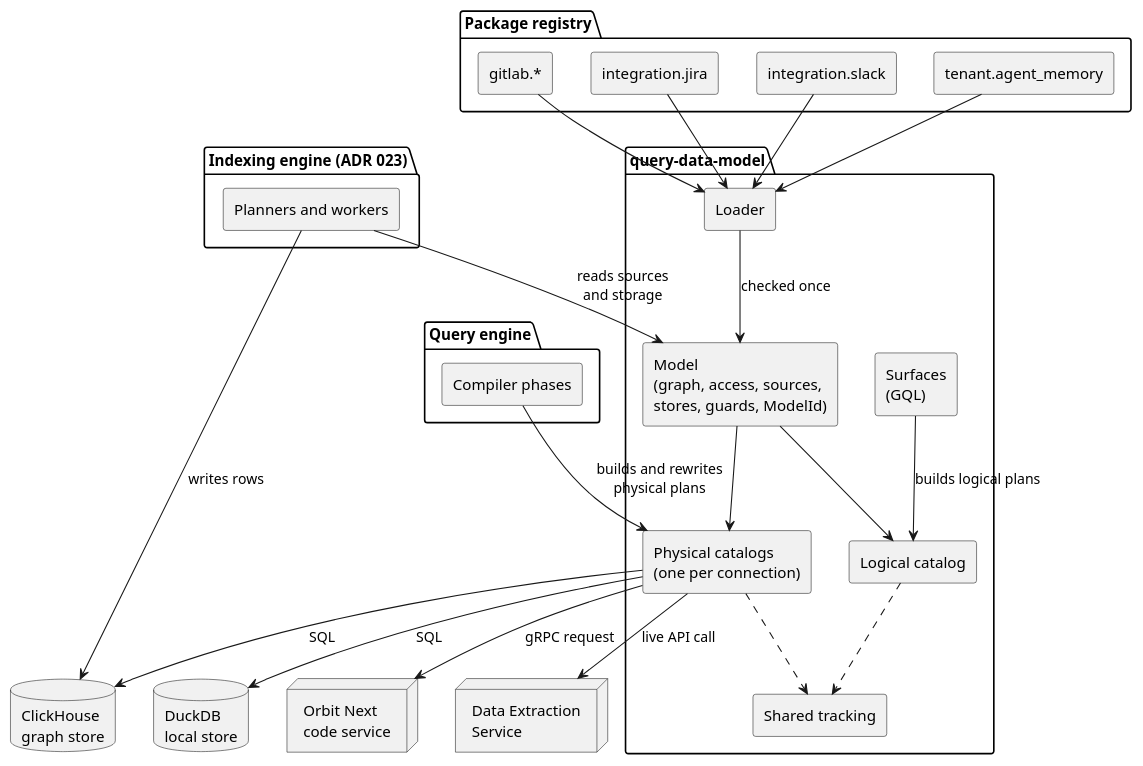
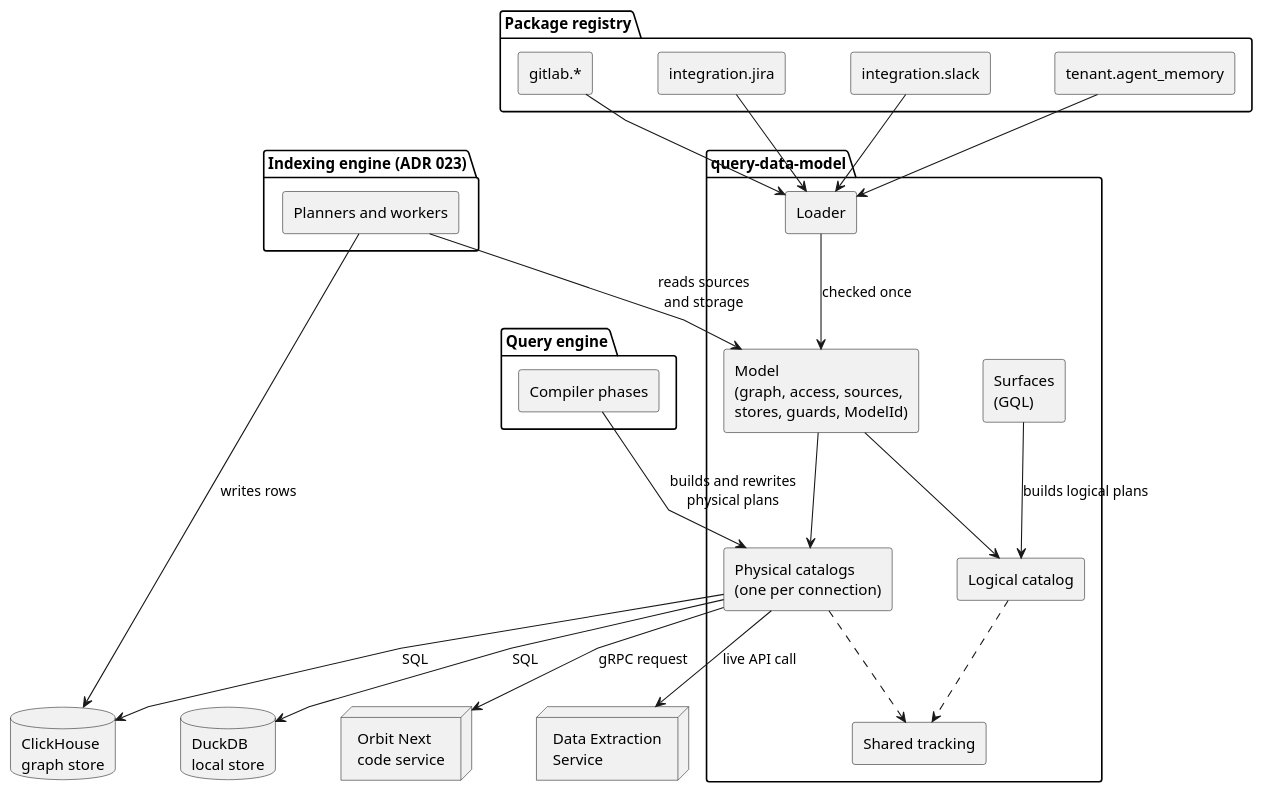
Before and after one commit to gitlabhq/orbit-knowledge-graph: the first of 7 diagrams in docs/pages/engineering/adr/024_pluggable_data_model.md, drawn with PlantUML. The commit also changed other lines of this file, not shown here.

Commit message:
docs(adr): fix crossing arrows in the ADR 024 diagrams

````diff
--- a/docs/pages/engineering/adr/024_pluggable_data_model.md
+++ b/docs/pages/engineering/adr/024_pluggable_data_model.md
@@ -61,54 +61,57 @@
 ```plantuml
 @startuml
 set separator none
 skinparam componentStyle rectangle
 skinparam shadowing false
+skinparam nodesep 60
+skinparam ranksep 70
+skinparam linetype polyline
 
 package "Package registry" {
   [gitlab.*] as P1
   [integration.jira] as P2
   [integration.slack] as P3
   [tenant.agent_memory] as P4
 }
 
 package "query-data-model" {
   [Loader] as L
   [Model\n(graph, access, sources,\nstores, guards, ModelId)] as M
+  [Physical catalogs\n(one per connection)] as PC
   [Logical catalog] as LC
-  [Physical catalogs\n(one per connection)] as PC
   [Surfaces\n(GQL)] as S
   [Shared tracking] as T
 }
 
 package "Query engine" {
   [Compiler phases] as E
 }
 
 package "Indexing engine (ADR 023)" {
   [Planners and workers] as IX
 }
 
 database "ClickHouse\ngraph store" as CH
 database "DuckDB\nlocal store" as DD
 node "Orbit Next\ncode service" as ON
 node "Data Extraction\nService" as DES
 
 P1 --> L
 P2 --> L
 P3 --> L
 P4 --> L
 L --> M : checked once
 M --> LC
 M --> PC
 S --> LC : builds logical plans
-E --> PC : builds and rewrites\nphysical plans
+E -down-> PC : builds and rewrites\nphysical plans
 LC ..> T
 PC ..> T
 PC --> CH : SQL
 PC --> DD : SQL
 PC --> ON : gRPC request
 PC --> DES : live API call
 IX --> M : reads sources\nand storage
 IX --> CH : writes rows
 @enduml
 ```
````
